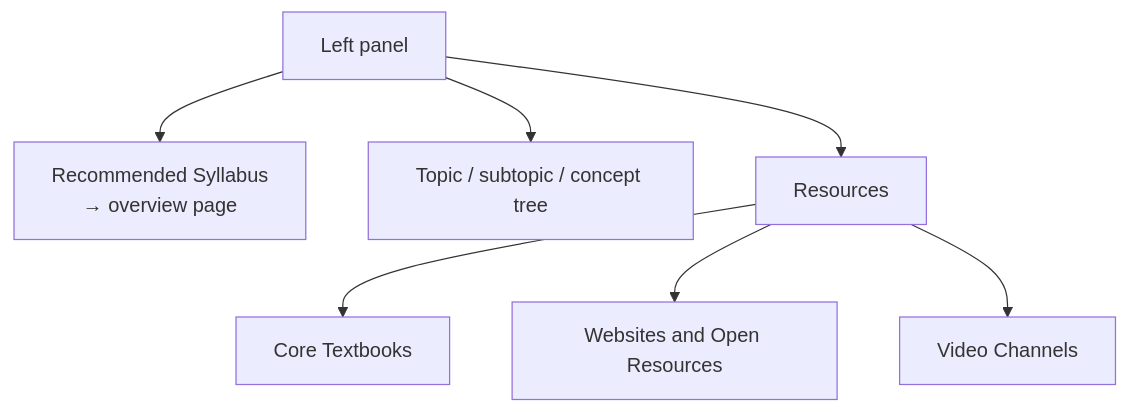
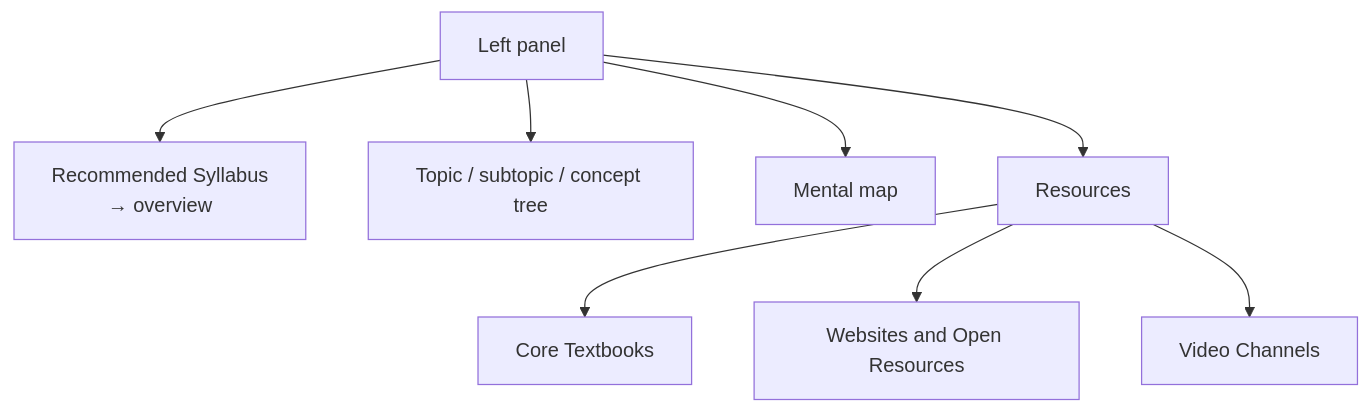
The second of 2 diagrams in docs/curated-courses.md (coursetexts/notion-site), drawn with Mermaid before and after one commit. The commit also changed other lines of this file and 80 other files, not shown here.

````diff
--- a/docs/curated-courses.md
+++ b/docs/curated-courses.md
@@ -72,17 +79,19 @@
 ```mermaid
 flowchart TB
   Nav["Left panel"]
-  Rec["Recommended Syllabus<br/>→ overview page"]
+  Rec["Recommended Syllabus<br/>→ overview"]
   Tree["Topic / subtopic / concept tree"]
+  MM["Mental map"]
   Res["Resources"]
   TB["Core Textbooks"]
   Web["Websites and Open Resources"]
   YT["Video Channels"]
 
   Nav --> Rec
   Nav --> Tree
+  Nav --> MM
   Nav --> Res
   Res --> TB
   Res --> Web
   Res --> YT
 ```
````
